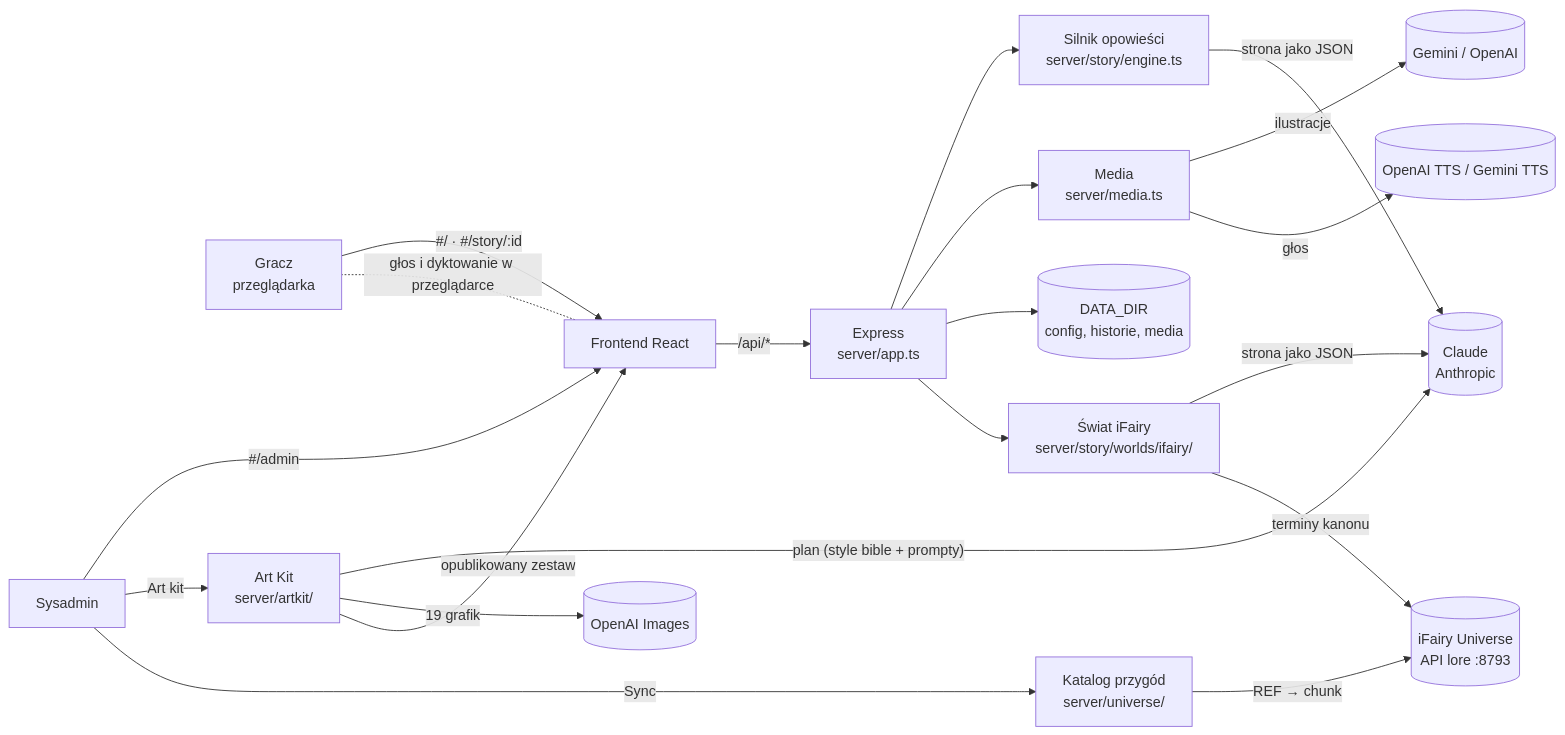
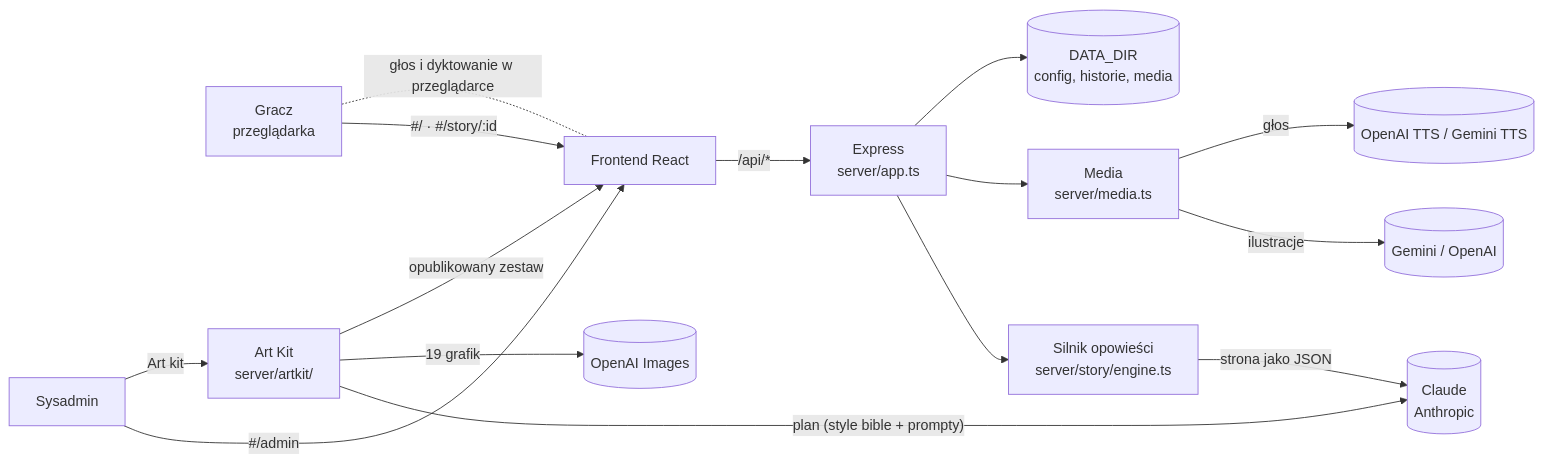
One commit to reception-ifairy/book changed the first of 3 diagrams in docs/ARCHITEKTURA.md. Above: the diagram before and after it, drawn with Mermaid. The commit also changed other lines of this file and 54 other files, not shown here.

````diff
--- a/docs/ARCHITEKTURA.md
+++ b/docs/ARCHITEKTURA.md
@@ -11,22 +7,17 @@
 ```mermaid
 flowchart LR
   P[Gracz<br/>przeglądarka] -- "#/ · #/story/:id" --> FE[Frontend React]
   S[Sysadmin] -- "#/admin" --> FE
   FE -- "/api/*" --> API[Express<br/>server/app.ts]
   API --> ENG[Silnik opowieści<br/>server/story/engine.ts]
   ENG -- "strona jako JSON" --> CL[(Claude<br/>Anthropic)]
   API --> MED[Media<br/>server/media.ts]
   MED -- ilustracje --> GI[(Gemini / OpenAI)]
   MED -- głos --> TT[(OpenAI TTS / Gemini TTS)]
   S -- "Art kit" --> AK[Art Kit<br/>server/artkit/]
   AK -- "plan (style bible + prompty)" --> CL
   AK -- "19 grafik" --> OI[(OpenAI Images)]
   AK -- "opublikowany zestaw" --> FE
   API --> FS[(DATA_DIR<br/>config, historie, media)]
-  API --> IF[Świat iFairy<br/>server/story/worlds/ifairy/]
-  IF -- "strona jako JSON" --> CL
-  IF -- "terminy kanonu" --> UV[(iFairy Universe<br/>API lore :8793)]
-  S -- "Sync" --> UC[Katalog przygód<br/>server/universe/]
-  UC -- "REF → chunk" --> UV
   FE -. "głos i dyktowanie w przeglądarce" .- P
 ```
````
